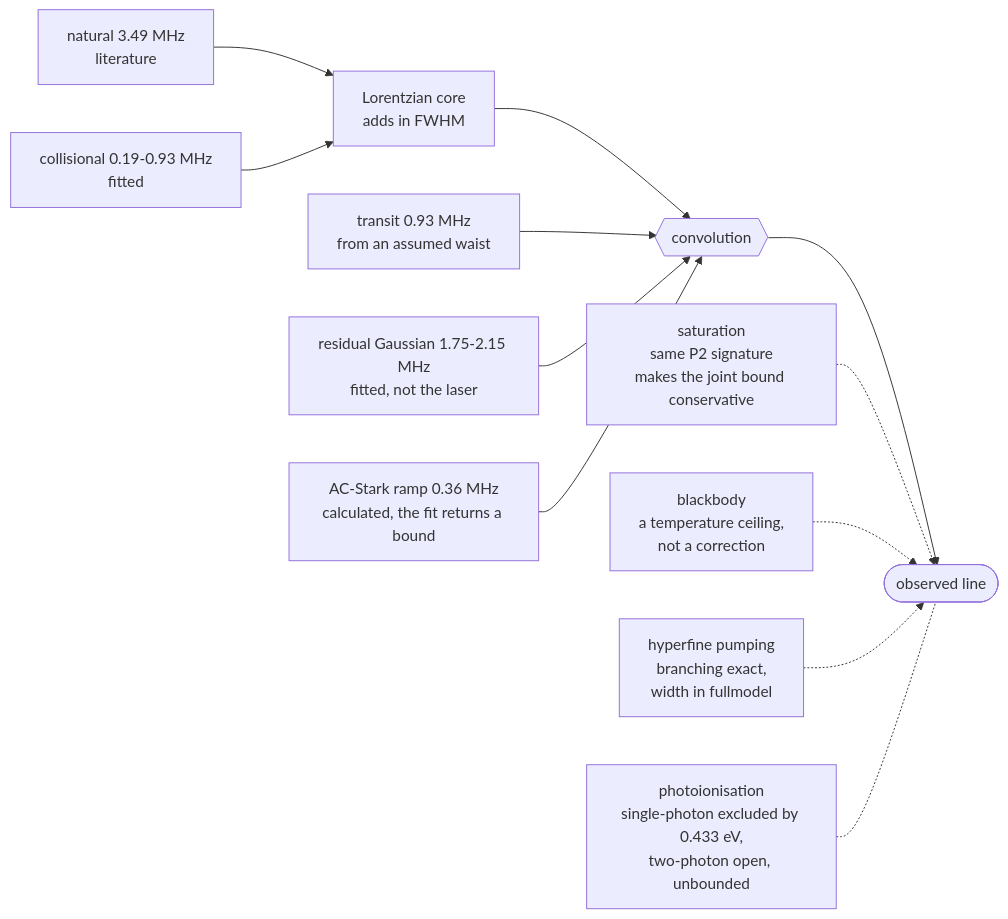
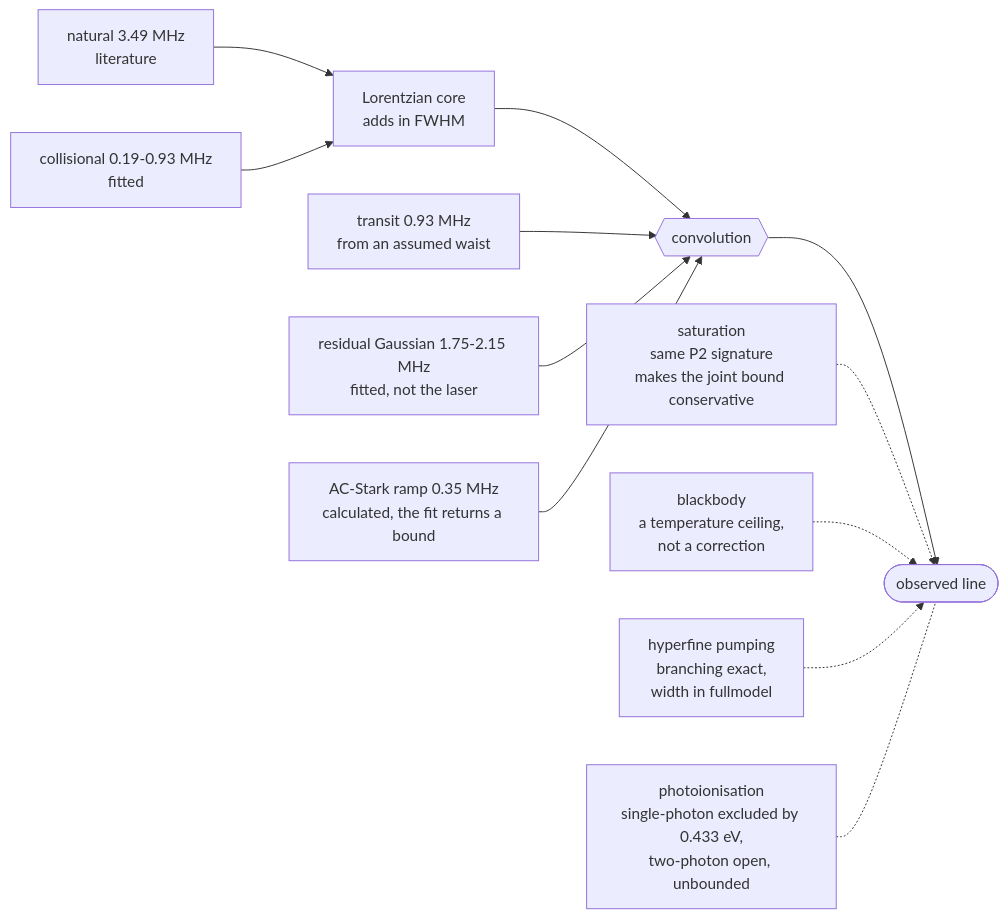
The diagram in README.md (MichelangeloDondi/Rb-5S-6S-analysis), drawn with Mermaid before and after one commit. The commit also changed other lines of this file and 336 other files, not shown here.

````diff
--- a/README.md
+++ b/README.md
@@ -69,14 +63,14 @@
 ```mermaid
 flowchart LR
     NAT["natural 3.49 MHz<br/>literature"] --> CORE
     COL["collisional 0.19-0.93 MHz<br/>fitted"] --> CORE
     CORE["Lorentzian core<br/>adds in FWHM"] --> CONV
     TRA["transit 0.93 MHz<br/>from an assumed waist"] --> CONV
     LAS["residual Gaussian 1.75-2.15 MHz<br/>fitted, not the laser"] --> CONV
-    RAM["AC-Stark ramp 0.36 MHz<br/>calculated, the fit returns a bound"] --> CONV
+    RAM["AC-Stark ramp 0.35 MHz<br/>calculated, the fit returns a bound"] --> CONV
     CONV{{"convolution"}} --> OBS(["observed line"])
     SAT["saturation<br/>same P2 signature<br/>makes the joint bound conservative"] -.-> OBS
     BBR["blackbody<br/>a temperature ceiling,<br/>not a correction"] -.-> OBS
     HFP["hyperfine pumping<br/>branching exact,<br/>width in fullmodel"] -.-> OBS
     PHI["photoionisation<br/>single-photon excluded by 0.433 eV,<br/>two-photon open, unbounded"] -.- OBS
 ```
````
